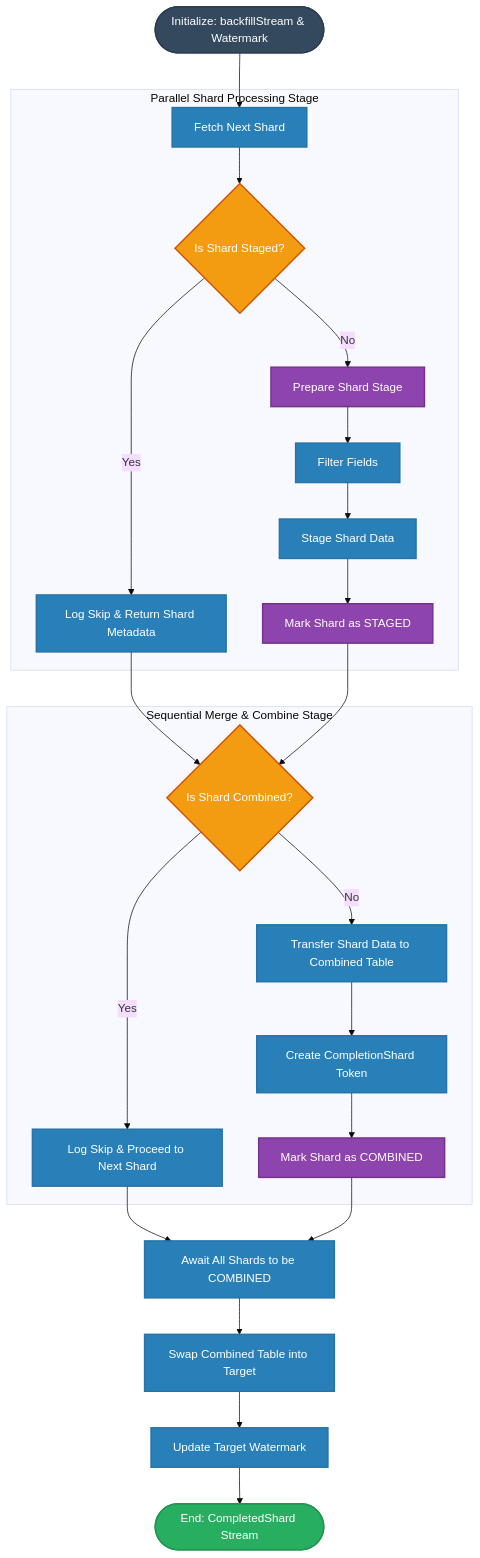
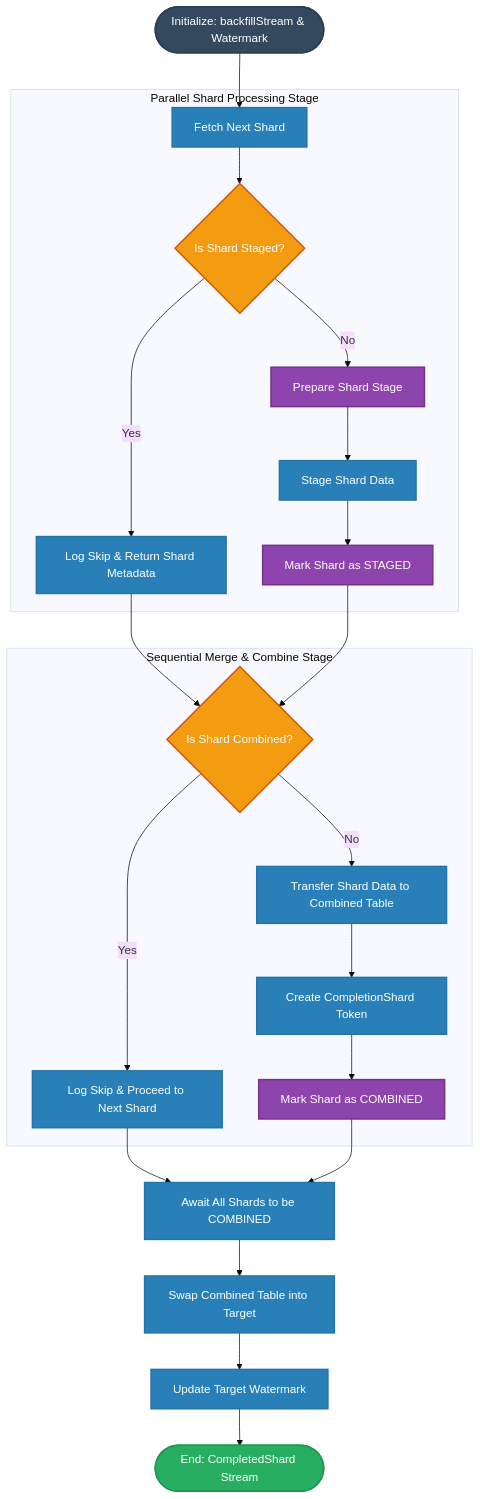
One commit to SneaksAndData/arcane-framework-scala changed the diagram in docs/backfill_overwrite_graph_builder.md. Above: the diagram before and after it, drawn with Mermaid (base theme). The commit also changed other lines of this file and 54 other files, not shown here.

````diff
--- a/docs/backfill_overwrite_graph_builder.md
+++ b/docs/backfill_overwrite_graph_builder.md
@@ -14,76 +14,74 @@
 ```mermaid
 graph TD
     %% Define Styles
     classDef init fill:#34495e,stroke:#2c3e50,stroke-width:2px,color:#fff;
     classDef process fill:#2980b9,stroke:#2573a7,stroke-width:2px,color:#fff;
     classDef decision fill:#f39c12,stroke:#d35400,stroke-width:2px,color:#fff;
     classDef state fill:#8e44ad,stroke:#71338c,stroke-width:2px,color:#fff;
     classDef endNode fill:#27ae60,stroke:#219653,stroke-width:2px,color:#fff;
 
     %% Node Definitions
     Start([Initialize: backfillStream & Watermark]):::init
     
     subgraph Parallel_Shard_Processing [Parallel Shard Processing Stage]
         InStream[Fetch Next Shard]:::process
         CheckStaged{Is Shard Staged?}:::decision
         
         %% Previously Staged Branch
         SkipStage[Log Skip & Return Shard Metadata]:::process
         
         %% Ingestion Branch
         PrepStage[Prepare Shard Stage]:::state
-        FieldFilter[Filter Fields]:::process
         StageProc[Stage Shard Data]:::process
         CommitStaged[Mark Shard as STAGED]:::state
     end
 
     subgraph Sequential_Merge_Processing [Sequential Merge & Combine Stage]
         CheckCombined{Is Shard Combined?}:::decision
         
         %% Previously Combined Branch
         SkipCombine[Log Skip & Proceed to Next Shard]:::process
         
         %% Merge Branch
         CommitMerge[Transfer Shard Data to Combined Table]:::process
         CreateCompl[Create CompletionShard Token]:::process
         CommitComb[Mark Shard as COMBINED]:::state
     end
 
     %% Finalize Block
     AggCombined[Await All Shards to be COMBINED]:::process
     UpdateDest[Swap Combined Table into Target]:::process
     FinalProc[Update Target Watermark]:::process
     EndNode([End: CompletedShard Stream]):::endNode
 
     %% Flow/Edge Connections
     Start --> InStream
     
     %% Ingestion Routing
     InStream --> CheckStaged
     CheckStaged -- Yes --> SkipStage
     CheckStaged -- No --> PrepStage
     
-    PrepStage --> FieldFilter
-    FieldFilter --> StageProc
+    PrepStage --> StageProc
     StageProc --> CommitStaged
     
     %% Join Branches to Merge Stage
     SkipStage --> CheckCombined
     CommitStaged --> CheckCombined
     
     %% Merge Routing
     CheckCombined -- Yes --> SkipCombine
     CheckCombined -- No --> CommitMerge
     
     CommitMerge --> CreateCompl
     CreateCompl --> CommitComb
     
     %% Join Branches to Final Ingestion
     SkipCombine --> AggCombined
     CommitComb --> AggCombined
     
     AggCombined --> UpdateDest
     UpdateDest --> FinalProc
     FinalProc --> EndNode
 
 ```
````
